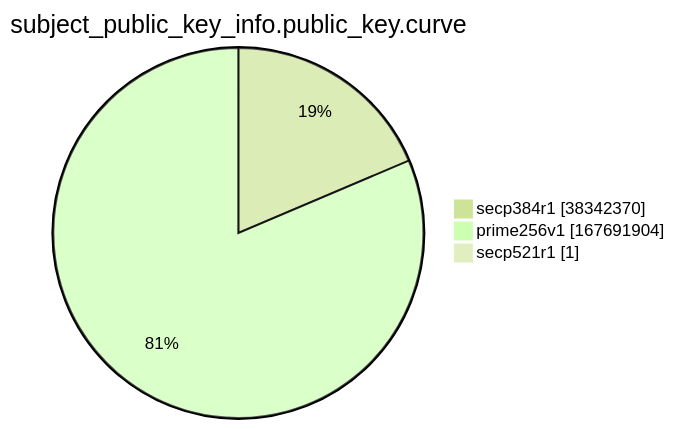
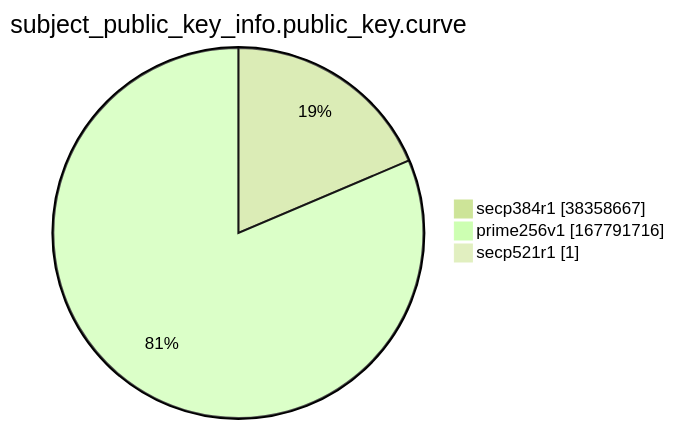
The ninth of 15 diagrams in argon2022/README.md (christiankrug/ctmonitor_visualization), drawn with Mermaid (forest theme) before and after one commit. The commit also changed other lines of this file, not shown here.

````diff
--- a/argon2022/README.md
+++ b/argon2022/README.md
@@ -2766,7 +2766,7 @@
 ```mermaid
 pie showData
 title subject_public_key_info.public_key.curve
-"secp384r1" :38342370
-"prime256v1" :167691904
+"secp384r1" :38358667
+"prime256v1" :167791716
 "secp521r1" :1
 ```
````
